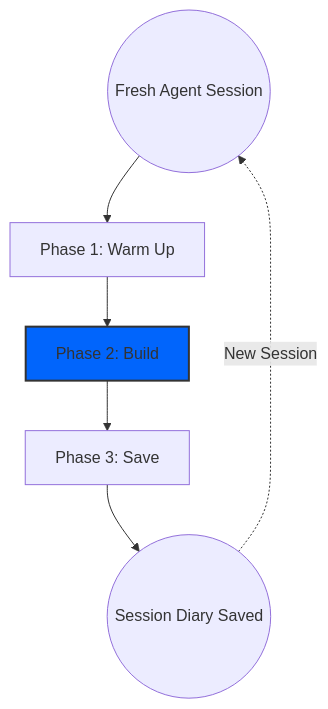
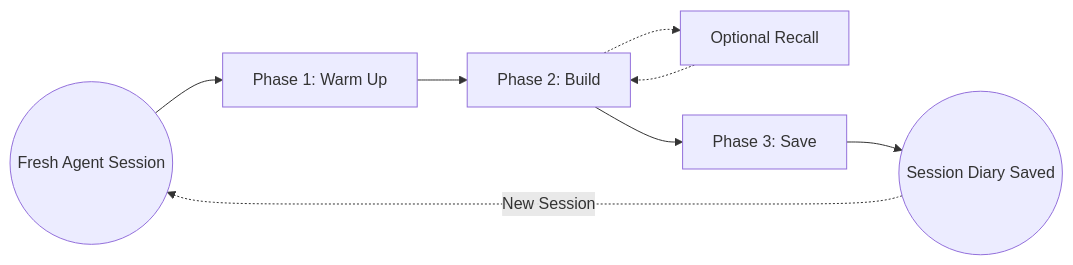
Before and after one commit to konteks/cli: the diagram in docs/getting-started/lifecycle.md, drawn with Mermaid. The commit also changed other lines of this file and 1 other file, not shown here.

````diff
--- a/docs/getting-started/lifecycle.md
+++ b/docs/getting-started/lifecycle.md
@@ -7,11 +7,11 @@
 ```mermaid
-graph TD
+graph LR
     Start((Fresh Agent Session)) --> P1[Phase 1: Warm Up]
     P1 --> P2[Phase 2: Build]
+    P2 -.-> Recall[Optional Recall]
+    Recall -.-> P2
     P2 --> P3[Phase 3: Save]
     P3 --> End((Session Diary Saved))
-    
+
     End -.->|New Session| Start
-
-    style P2 fill:#0165fc,stroke:#333,stroke-width:2px
 ```
````
